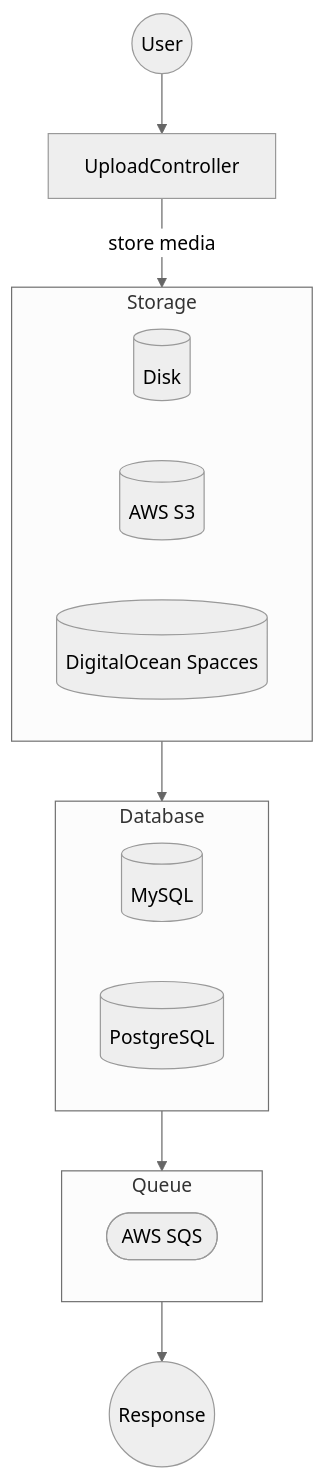
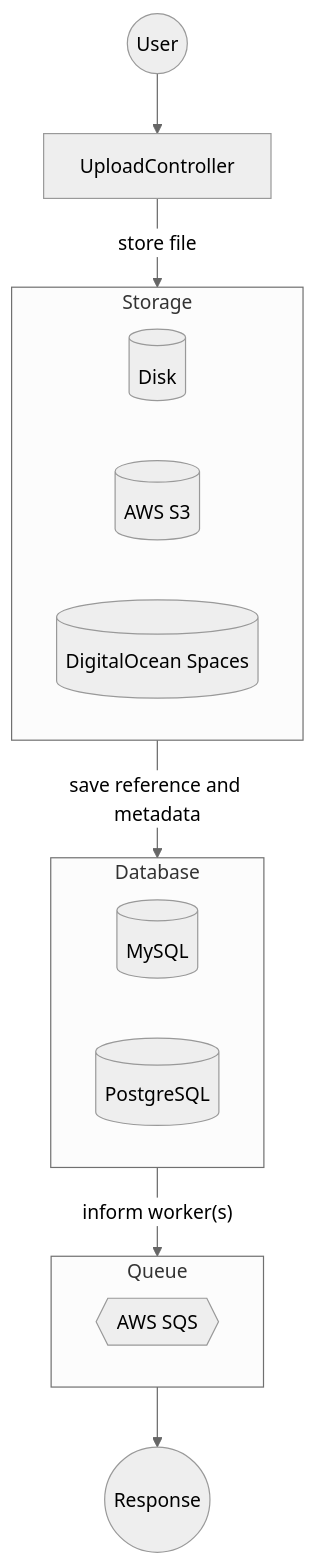
The first of 2 diagrams in upload/README.md (juffalow/zdielaj-si), drawn with Mermaid (neutral theme) before and after one commit. The commit also changed other lines of this file, not shown here.

Commit message:
Update upload readme

````diff
--- a/upload/README.md
+++ b/upload/README.md
@@ -18,20 +18,20 @@
 ```mermaid
 flowchart TD
     U((User)) --> UC
-    UC["UploadController"] -->|store media| S[Storage]
+    UC["UploadController"] -->|store file| S[Storage]
     subgraph S["Storage"]
         Disk[(Disk)]
         S3[(AWS S3)]
-        Spaces[(DigitalOcean Spacces)]
+        Spaces[(DigitalOcean Spaces)]
     end
     subgraph DB["Database"]
         MySQL[(MySQL)]
         PostgreSQL[(PostgreSQL)]
     end
-    S --> DB
+    S -->|save reference and metadata| DB
     subgraph Q["Queue"]
-        SQS([AWS SQS])
+        SQS{{AWS SQS}}
     end
-    DB --> Q
+    DB -->|"inform worker(s)"| Q
     Q --> R((Response))
 ```
````
